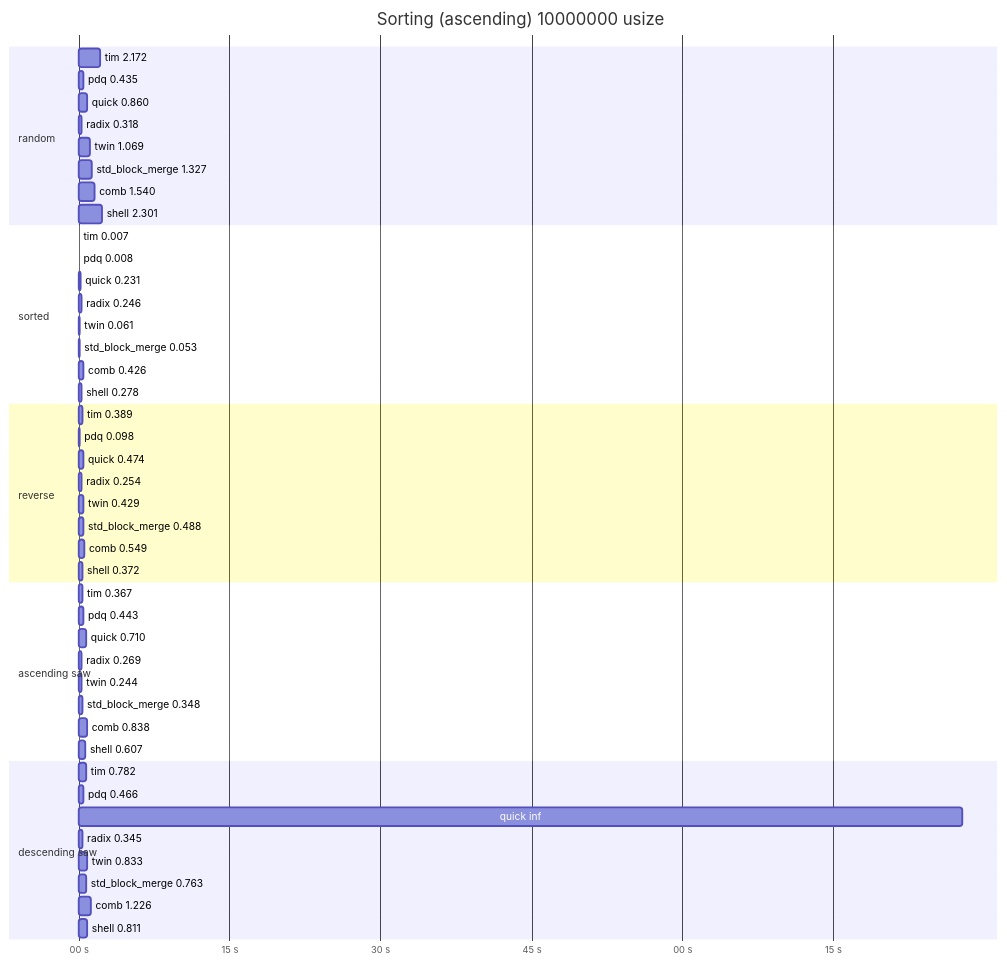
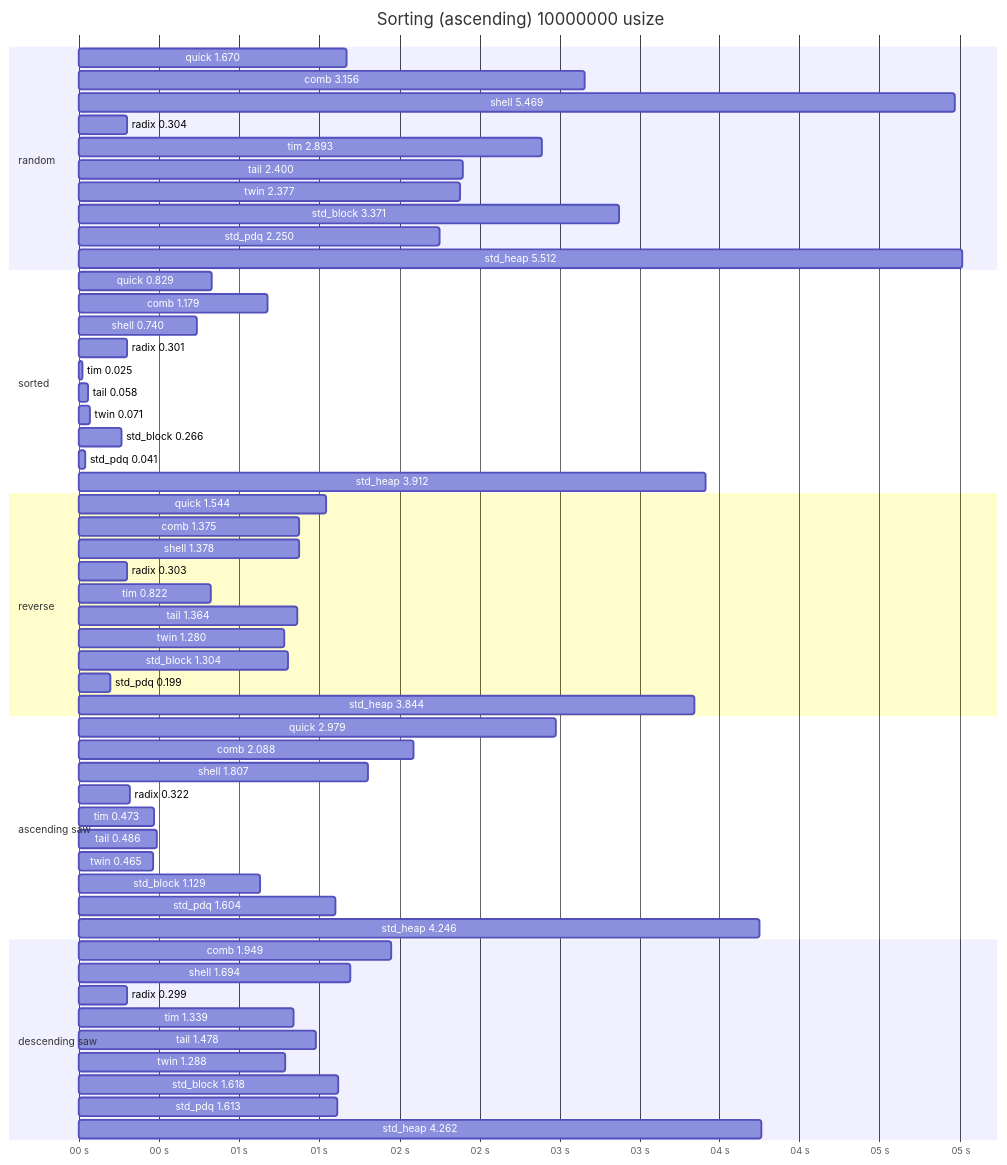
One commit to alichraghi/zort changed the first of 2 diagrams in README.md. Above: the diagram before and after it, drawn with Mermaid. The commit also changed other lines of this file and 8 other files, not shown here.

Commit message:
drop pdq, heap and insertion in favor of stdlib impl

````diff
--- a/README.md
+++ b/README.md
@@ -47,51 +47,60 @@
 ```mermaid
 gantt
     title Sorting (ascending) 10000000 usize
     dateFormat x
     axisFormat %S s
     section random
-    tim 2.172: 0,2173
-    pdq 0.435: 0,435
-    quick 0.860: 0,860
-    radix 0.318: 0,318
-    twin 1.069: 0,1069
-    std_block_merge 1.327: 0,1327
-    comb 1.540: 0,1540
-    shell 2.301: 0,2299
+    quick 1.670: 0,1670
+    comb 3.156: 0,3155
+    shell 5.469: 0,5467
+    radix 0.304: 0,304
+    tim 2.893: 0,2893
+    tail 2.400: 0,2399
+    twin 2.377: 0,2377
+    std_block 3.371: 0,3372
+    std_pdq 2.250: 0,2250
+    std_heap 5.512: 0,5514
     section sorted
-    tim 0.007: 0,7
-    pdq 0.008: 0,8
-    quick 0.231: 0,231
-    radix 0.246: 0,246
-    twin 0.061: 0,61
-    std_block_merge 0.053: 0,53
-    comb 0.426: 0,426
-    shell 0.278: 0,278
+    quick 0.829: 0,829
+    comb 1.179: 0,1179
+    shell 0.740: 0,740
+    radix 0.301: 0,301
+    tim 0.025: 0,25
+    tail 0.058: 0,58
+    twin 0.071: 0,71
+    std_block 0.266: 0,266
+    std_pdq 0.041: 0,41
+    std_heap 3.912: 0,3913
     section reverse
-    tim 0.389: 0,389
-    pdq 0.098: 0,98
-    quick 0.474: 0,474
-    radix 0.254: 0,254
-    twin 0.429: 0,429
-    std_block_merge 0.488: 0,488
-    comb 0.549: 0,549
-    shell 0.372: 0,372
+    quick 1.544: 0,1544
+    comb 1.375: 0,1375
+    shell 1.378: 0,1378
+    radix 0.303: 0,303
+    tim 0.822: 0,822
+    tail 1.364: 0,1364
+    twin 1.280: 0,1280
+    std_block 1.304: 0,1304
+    std_pdq 0.199: 0,199
+    std_heap 3.844: 0,3845
     section ascending saw
-    tim 0.367: 0,367
-    pdq 0.443: 0,443
-    quick 0.710: 0,710
-    radix 0.269: 0,269
-    twin 0.244: 0,244
-    std_block_merge 0.348: 0,348
-    comb 0.838: 0,838
-    shell 0.607: 0,607
+    quick 2.979: 0,2978
+    comb 2.088: 0,2089
+    shell 1.807: 0,1807
+    radix 0.322: 0,322
+    tim 0.473: 0,473
+    tail 0.486: 0,486
+    twin 0.465: 0,465
+    std_block 1.129: 0,1129
+    std_pdq 1.604: 0,1604
+    std_heap 4.246: 0,4249
     section descending saw
-    tim 0.782: 0,782
-    pdq 0.466: 0,466
-    quick inf: 0,87854
-    radix 0.345: 0,345
-    twin 0.833: 0,833
-    std_block_merge 0.763: 0,763
-    comb 1.226: 0,1226
-    shell 0.811: 0,811
+    comb 1.949: 0,1949
+    shell 1.694: 0,1694
+    radix 0.299: 0,299
+    tim 1.339: 0,1339
+    tail 1.478: 0,1478
+    twin 1.288: 0,1288
+    std_block 1.618: 0,1618
+    std_pdq 1.613: 0,1613
+    std_heap 4.262: 0,4261
 ```
````
